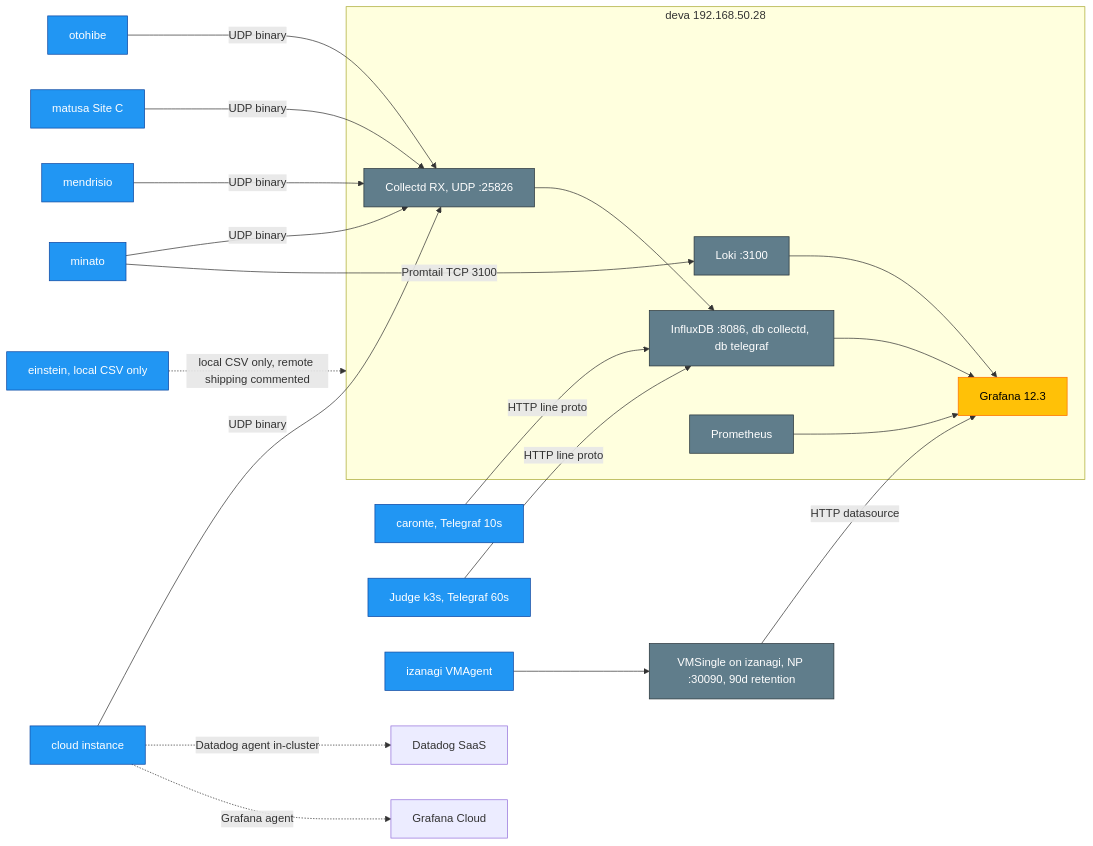
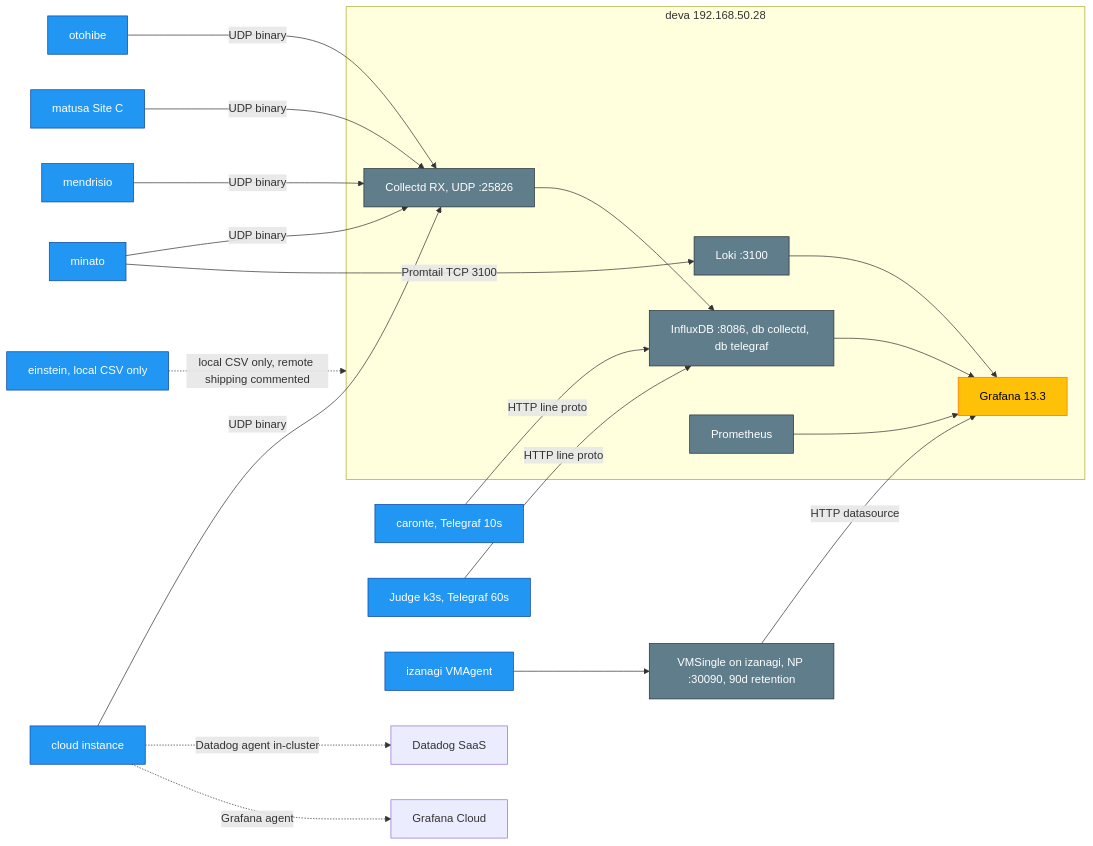
Before and after one commit to lorenzogirardi/website: the fourth of 7 diagrams in content/infra-flow.md, drawn with Mermaid. The commit also changed other lines of this file, not shown here.

First line of the commit message:
infra-flow: align with infrastructure-settings repo

```diff
--- a/content/infra-flow.md
+++ b/content/infra-flow.md
@@ -284,52 +284,52 @@
 {{< mermaid >}}
 flowchart LR
     classDef agent fill:#2196F3,stroke:#0D47A1,color:#fff
     classDef store fill:#607D8B,stroke:#263238,color:#fff
     classDef ui fill:#FFC107,stroke:#FF6F00,color:#000
 
     OTOHIBE[otohibe]:::agent
     MINATO[minato]:::agent
     MATUSA[matusa Site C]:::agent
     MENDR[mendrisio]:::agent
     ORACLE[cloud instance]:::agent
 
     CARONTE[caronte, Telegraf 10s]:::agent
     JUDGE[Judge k3s, Telegraf 60s]:::agent
 
     EINSTEIN[einstein, local CSV only]:::agent
     IZANAGI[izanagi VMAgent]:::agent
 
     subgraph DEVA[deva 192.168.50.28]
         COLLD[Collectd RX, UDP :25826]:::store
         INFLUX[InfluxDB :8086, db collectd, db telegraf]:::store
         LOKI[Loki :3100]:::store
-        GRAF[Grafana 12.3]:::ui
+        GRAF[Grafana 13.3]:::ui
         PROM[Prometheus]:::store
     end
 
     VMS[VMSingle on izanagi, NP :30090, 90d retention]:::store
 
     OTOHIBE -->|UDP binary| COLLD
     MINATO -->|UDP binary| COLLD
     MATUSA -->|UDP binary| COLLD
     MENDR -->|UDP binary| COLLD
     ORACLE -->|UDP binary| COLLD
 
     CARONTE -->|HTTP line proto| INFLUX
     JUDGE -->|HTTP line proto| INFLUX
 
     MINATO -->|Promtail TCP 3100| LOKI
 
     IZANAGI --> VMS
 
     COLLD --> INFLUX
     INFLUX --> GRAF
     LOKI --> GRAF
     VMS -->|HTTP datasource| GRAF
     PROM --> GRAF
 
     EINSTEIN -.->|local CSV only, remote shipping commented| DEVA
 
     ORACLE -.->|Datadog agent in-cluster| DDOG[Datadog SaaS]
     ORACLE -.->|Grafana agent| GCLOUD[Grafana Cloud]
 {{< /mermaid >}}
```
